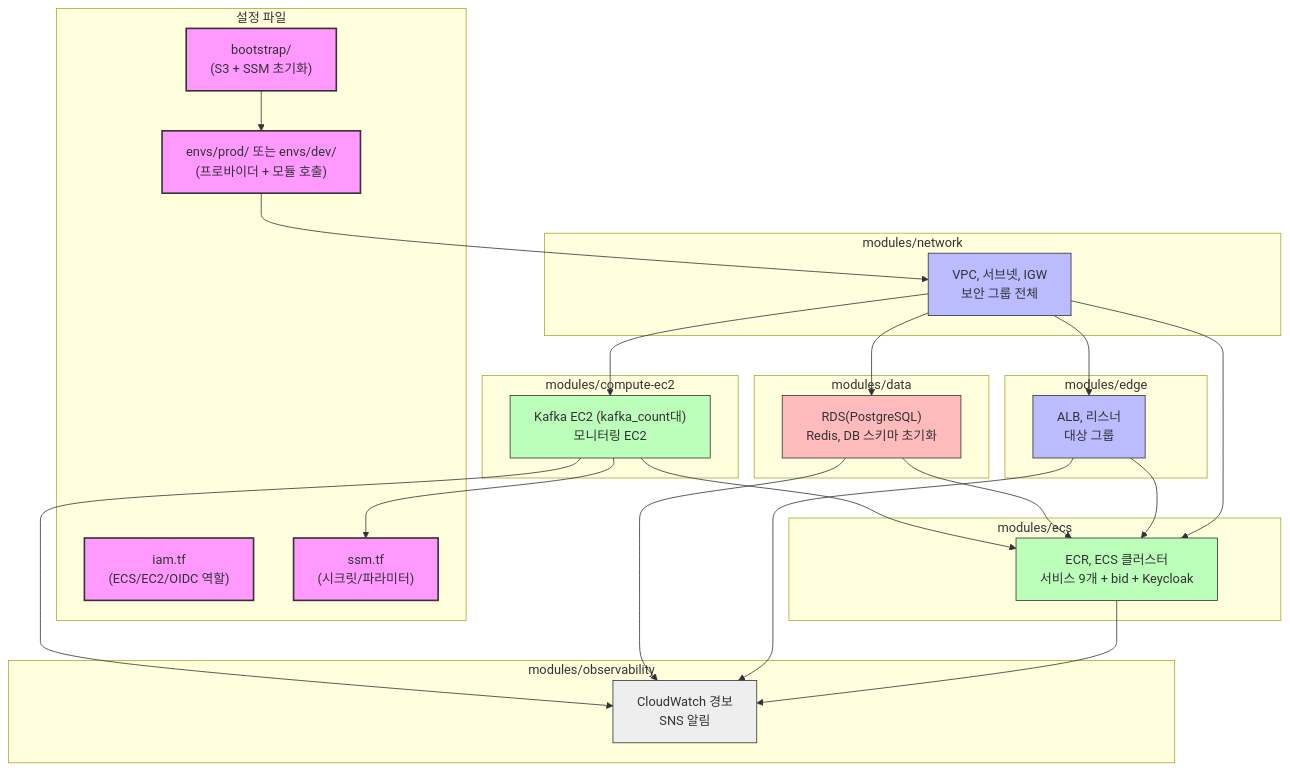
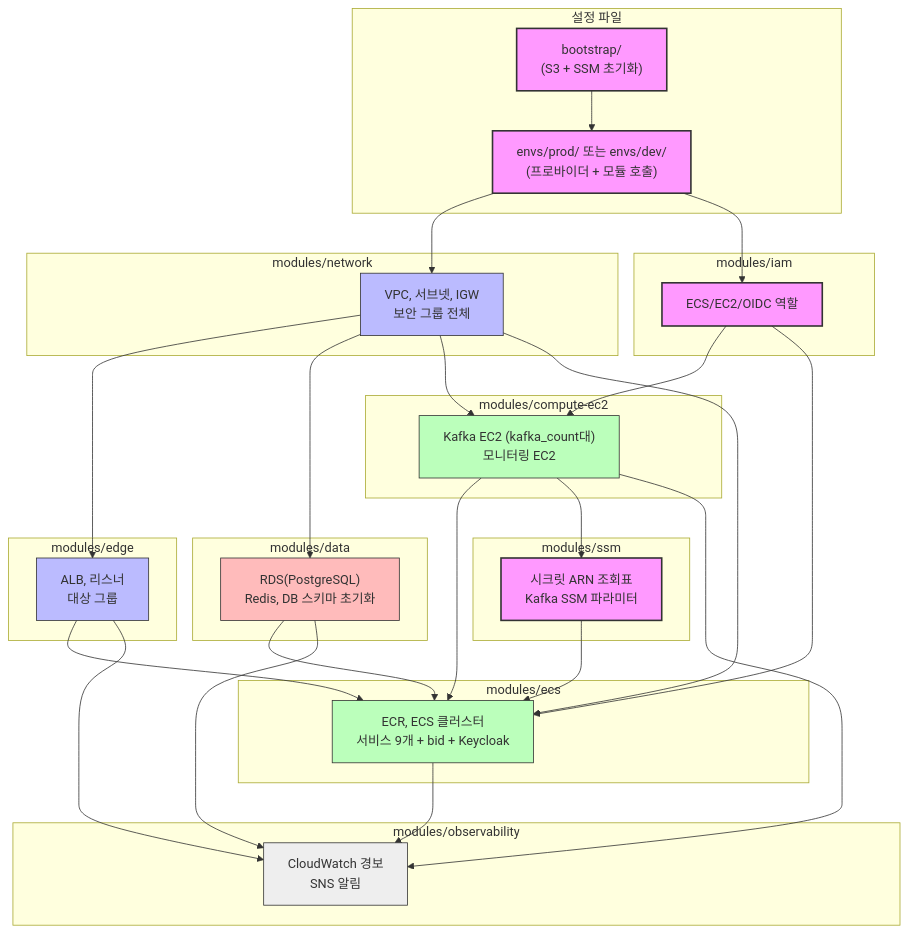
One commit to BankRupang/sanji-infra changed the diagram in README.md. Above: the diagram before and after it, drawn with Mermaid. The commit also changed other lines of this file and 1 other file, not shown here.

Commit message:
docs: 문서 업데이트

````diff
--- a/README.md
+++ b/README.md
@@ -101,61 +103,73 @@
 ```mermaid
 graph TD
     classDef config fill:#f9f,stroke:#333,stroke-width:2px;
     classDef network fill:#bbf,stroke:#333,stroke-width:1px;
     classDef data fill:#fbb,stroke:#333,stroke-width:1px;
     classDef compute fill:#bfb,stroke:#333,stroke-width:1px;
     classDef obs fill:#eee,stroke:#333,stroke-width:1px;
 
     subgraph Root ["설정 파일"]
         bootstrap["bootstrap/<br>(S3 + SSM 초기화)"]
         main["envs/prod/ 또는 envs/dev/<br>(프로바이더 + 모듈 호출)"]
-        iam["iam.tf<br>(ECS/EC2/OIDC 역할)"]
-        ssm["ssm.tf<br>(시크릿/파라미터)"]
     end
-    class bootstrap,main,iam,ssm config;
+    class bootstrap,main config;
 
     subgraph Mod_Network ["modules/network"]
         net["VPC, 서브넷, IGW<br>보안 그룹 전체"]
     end
     class net network;
 
     subgraph Mod_Edge ["modules/edge"]
         alb["ALB, 리스너<br>대상 그룹"]
     end
     class alb network;
 
     subgraph Mod_Data ["modules/data"]
         rds["RDS(PostgreSQL)<br>Redis, DB 스키마 초기화"]
     end
     class rds data;
 
     subgraph Mod_EC2 ["modules/compute-ec2"]
         ec2["Kafka EC2 (kafka_count대)<br>모니터링 EC2"]
     end
     class ec2 compute;
 
     subgraph Mod_ECS ["modules/ecs"]
         ecs["ECR, ECS 클러스터<br>서비스 9개 + bid + Keycloak"]
     end
     class ecs compute;
 
     subgraph Mod_Obs ["modules/observability"]
         cw["CloudWatch 경보<br>SNS 알림"]
     end
     class cw obs;
 
+    subgraph Mod_IAM ["modules/iam"]
+        iam["ECS/EC2/OIDC 역할"]
+    end
+    class iam config;
+
+    subgraph Mod_SSM ["modules/ssm"]
+        ssm["시크릿 ARN 조회표<br>Kafka SSM 파라미터"]
+    end
+    class ssm config;
+
     bootstrap --> main
     main --> net
+    main --> iam
     net --> alb
     net --> rds
     net --> ec2
     net --> ecs
     alb --> ecs
     rds --> ecs
     ec2 --> ecs
     ec2 --> ssm
+    iam --> ec2
+    iam --> ecs
+    ssm --> ecs
     ecs --> cw
     alb --> cw
     rds --> cw
     ec2 --> cw
 ```
````
